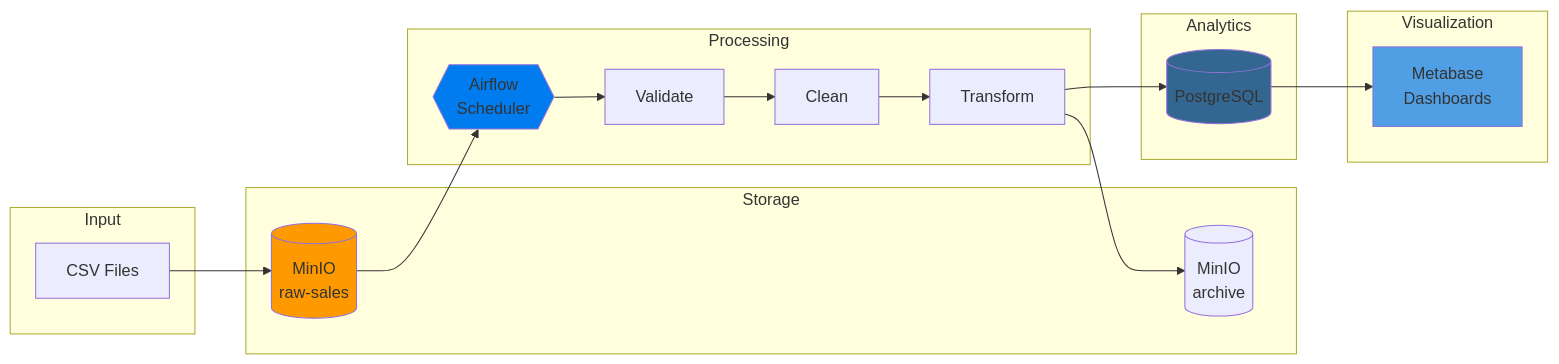
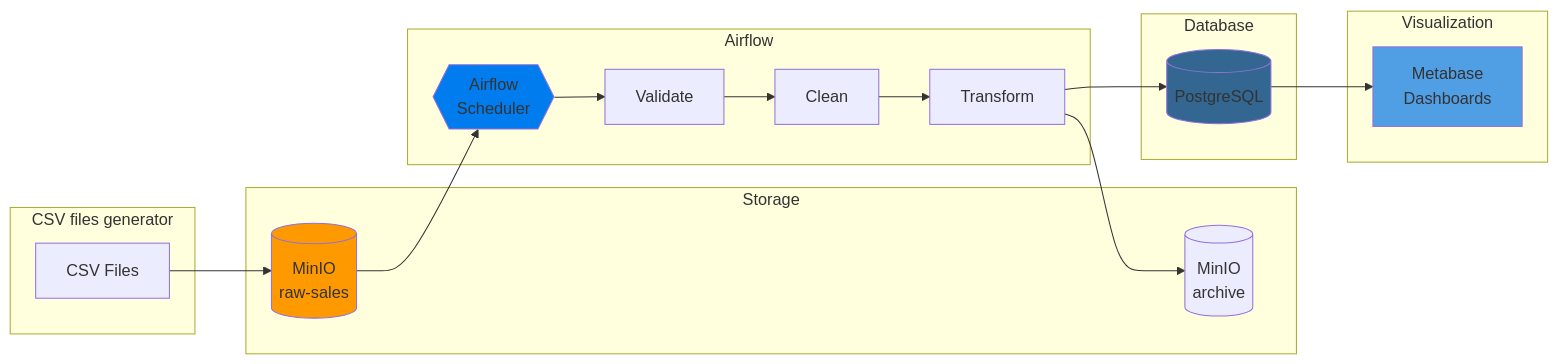
Before and after one commit to Zaina-M/mini-data-platform: the diagram in README.md, drawn with Mermaid. The commit also changed other lines of this file and 2 other files, not shown here.

Commit message:
fix: update README.md to clarify subgraph labels and remove unused screenshot

````diff
--- a/README.md
+++ b/README.md
@@ -25,40 +25,40 @@
 ```mermaid
 flowchart LR
-    subgraph Input
+    subgraph CSV files generator
         A[CSV Files]
     end
     
     subgraph Storage
         B[(MinIO\nraw-sales)]
         F[(MinIO\narchive)]
     end
     
-    subgraph Processing
+    subgraph Airflow
         C{{Airflow\nScheduler}}
         D[Validate]
         E[Clean]
         G[Transform]
     end
     
-    subgraph Analytics
+    subgraph Database
         H[(PostgreSQL)]
     end
     
     subgraph Visualization
         I[Metabase\nDashboards]
     end
     
     A --> B
     B --> C
     C --> D
     D --> E
     E --> G
     G --> H
     G --> F
     H --> I
     
     style B fill:#ff9900
     style H fill:#336791
     style I fill:#509ee3
     style C fill:#017cee
 ```
````
